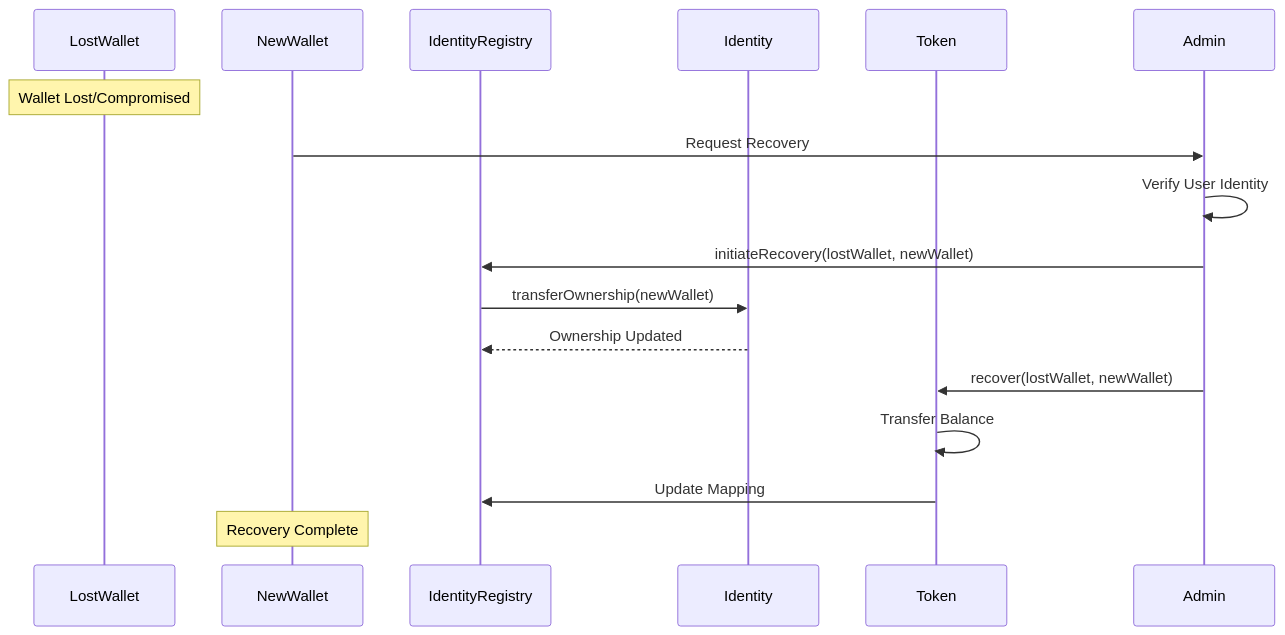
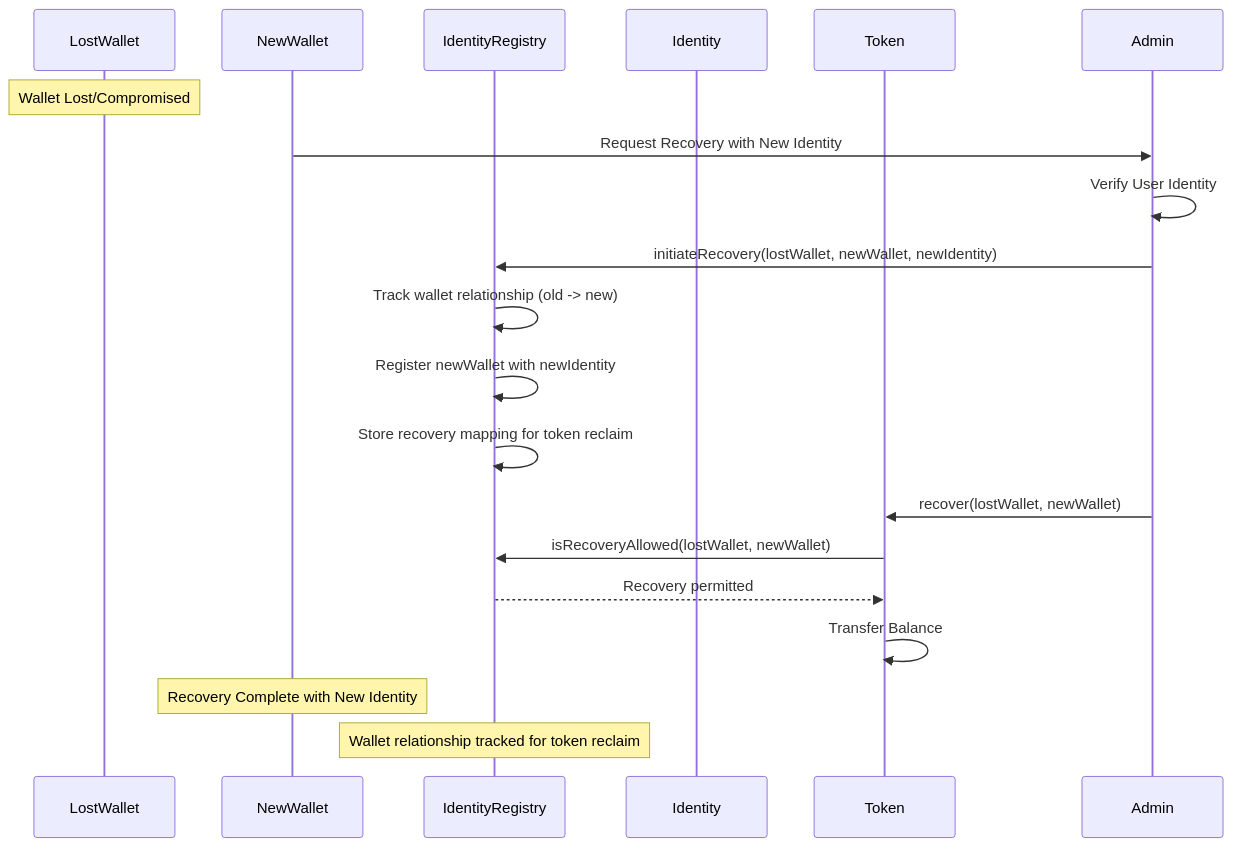
Before and after one commit to settlemint/asset-tokenization-kit: the sixth of 7 diagrams in kit/contracts/contracts/smart/architecture.md, drawn with Mermaid. The commit also changed other lines of this file, not shown here.

Commit message:
fixes architecture

````diff
--- a/kit/contracts/contracts/smart/architecture.md
+++ b/kit/contracts/contracts/smart/architecture.md
@@ -529,26 +434,29 @@
 ```mermaid
 sequenceDiagram
     participant LostWallet
     participant NewWallet
     participant IdentityRegistry
     participant Identity
     participant Token
     participant Admin
 
     Note over LostWallet: Wallet Lost/Compromised
 
-    NewWallet->>Admin: Request Recovery
+    NewWallet->>Admin: Request Recovery with New Identity
     Admin->>Admin: Verify User Identity
 
-    %% Step 1: Identity Recovery
-    Admin->>IdentityRegistry: initiateRecovery(lostWallet, newWallet)
-    IdentityRegistry->>Identity: transferOwnership(newWallet)
-    Identity-->>IdentityRegistry: Ownership Updated
+    %% Step 1: Identity Recovery - User specifies new identity
+    Admin->>IdentityRegistry: initiateRecovery(lostWallet, newWallet, newIdentity)
+    IdentityRegistry->>IdentityRegistry: Track wallet relationship (old -> new)
+    IdentityRegistry->>IdentityRegistry: Register newWallet with newIdentity
+    IdentityRegistry->>IdentityRegistry: Store recovery mapping for token reclaim
 
     %% Step 2: Token Recovery (if needed)
     Admin->>Token: recover(lostWallet, newWallet)
+    Token->>IdentityRegistry: isRecoveryAllowed(lostWallet, newWallet)
+    IdentityRegistry-->>Token: Recovery permitted
     Token->>Token: Transfer Balance
-    Token->>IdentityRegistry: Update Mapping
 
-    Note over NewWallet: Recovery Complete
+    Note over NewWallet: Recovery Complete with New Identity
+    Note over IdentityRegistry: Wallet relationship tracked for token reclaim
 ```
````
